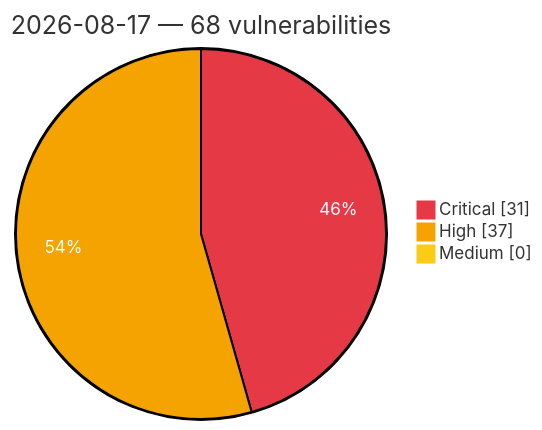
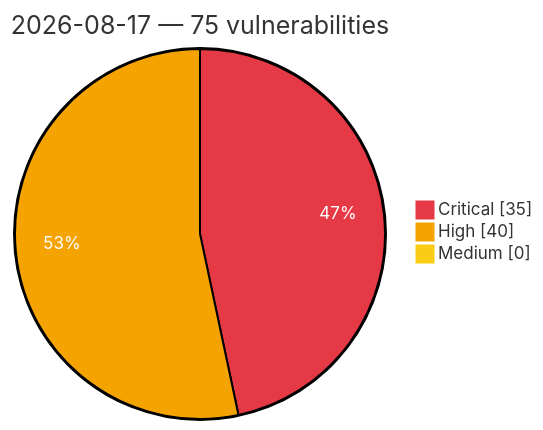
The diagram in vulnerabilities/2026/August/2026-08-17.md (GhostX0X/vuln-tracker), drawn with Mermaid before and after one commit. The commit also changed other lines of this file and 5 other files, not shown here.

Commit message:
Auto update: critical/high vulns (2026-08-17 20:42 UTC)

````diff
--- a/vulnerabilities/2026/August/2026-08-17.md
+++ b/vulnerabilities/2026/August/2026-08-17.md
@@ -3,8 +3,8 @@
 ```mermaid
 %%{init: {'theme':'base', 'themeVariables': {'pie1':'#e63946', 'pie2':'#f4a300', 'pie3':'#facc15', 'pieOpacity':'1', 'pieOuterStrokeWidth':'2px', 'pieSectionTextColor':'#ffffff'}}}%%
 pie showData
-    title 2026-08-17 — 68 vulnerabilities
-    "Critical" : 31
-    "High" : 37
+    title 2026-08-17 — 75 vulnerabilities
+    "Critical" : 35
+    "High" : 40
     "Medium" : 0
 ```
````
